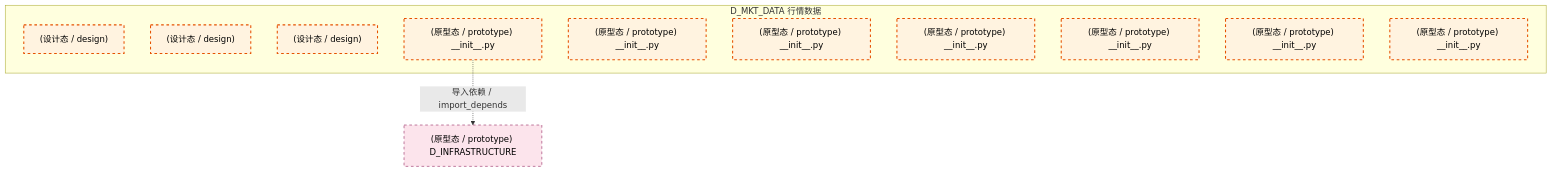
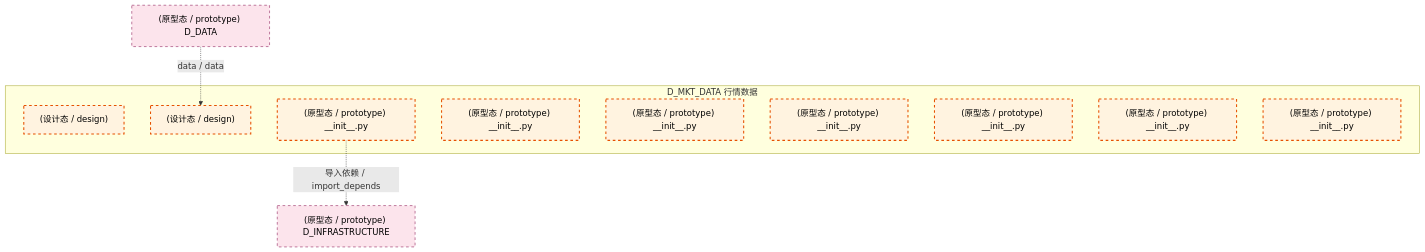
The first of 4 diagrams in docs/02_enterprise_architecture/02_domain_architecture_docs/20_d_mkt_data.md (xuanFelixVan/ZephyrAlpha), drawn with Mermaid before and after one commit. The commit also changed other lines of this file and 126 other files, not shown here.

````diff
--- a/docs/02_enterprise_architecture/02_domain_architecture_docs/20_d_mkt_data.md
+++ b/docs/02_enterprise_architecture/02_domain_architecture_docs/20_d_mkt_data.md
@@ -73,23 +72,24 @@
 ```mermaid
 graph TD
     subgraph D_MKT_DATA["D_MKT_DATA 行情数据"]
         docs_03_modules_cross_layer_database_sub_blueprints_c1_market_clickhouse_md["(设计态 / design) "]
-        docs_03_modules_domain_data_data_acquisition_plan_md["(设计态 / design) "]
         docs_03_modules_domain_data_data_source_operation_manual_md["(设计态 / design) "]
         src_zephyr_market_data_init_py["(原型态 / prototype) __init__.py"]
         src_zephyr_market_data_extensions_init_py["(原型态 / prototype) __init__.py"]
         src_zephyr_market_data_api_init_py["(原型态 / prototype) __init__.py"]
         src_zephyr_market_data_core_init_py["(原型态 / prototype) __init__.py"]
         src_zephyr_market_data_infrastructure_init_py["(原型态 / prototype) __init__.py"]
         src_zephyr_market_data_models_init_py["(原型态 / prototype) __init__.py"]
         src_zephyr_market_data_services_init_py["(原型态 / prototype) __init__.py"]
     end
     D_INFRASTRUCTURE["(原型态 / prototype) D_INFRASTRUCTURE"]
     src_zephyr_market_data_init_py -.->|导入依赖 / import_depends| D_INFRASTRUCTURE
+    D_DATA["(原型态 / prototype) D_DATA"]
+    D_DATA -.->|data / data| docs_03_modules_domain_data_data_source_operation_manual_md
     classDef production fill:#e1f5fe,stroke:#01579b,stroke-width:2px,color:#000
     classDef design fill:#fff3e0,stroke:#e65100,stroke-width:2px,color:#000,stroke-dasharray: 5 5
     classDef external_prod fill:#e8f5e9,stroke:#1b5e20,stroke-width:1px,color:#000
     classDef external_design fill:#fce4ec,stroke:#880e4f,stroke-width:1px,color:#000,stroke-dasharray: 5 5
-    class docs_03_modules_cross_layer_database_sub_blueprints_c1_market_clickhouse_md,docs_03_modules_domain_data_data_acquisition_plan_md,docs_03_modules_domain_data_data_source_operation_manual_md,src_zephyr_market_data_init_py,src_zephyr_market_data_extensions_init_py,src_zephyr_market_data_api_init_py,src_zephyr_market_data_core_init_py,src_zephyr_market_data_infrastructure_init_py,src_zephyr_market_data_models_init_py,src_zephyr_market_data_services_init_py design
-    class D_INFRASTRUCTURE external_design
+    class docs_03_modules_cross_layer_database_sub_blueprints_c1_market_clickhouse_md,docs_03_modules_domain_data_data_source_operation_manual_md,src_zephyr_market_data_init_py,src_zephyr_market_data_extensions_init_py,src_zephyr_market_data_api_init_py,src_zephyr_market_data_core_init_py,src_zephyr_market_data_infrastructure_init_py,src_zephyr_market_data_models_init_py,src_zephyr_market_data_services_init_py design
+    class D_INFRASTRUCTURE,D_DATA external_design
 ```
````
